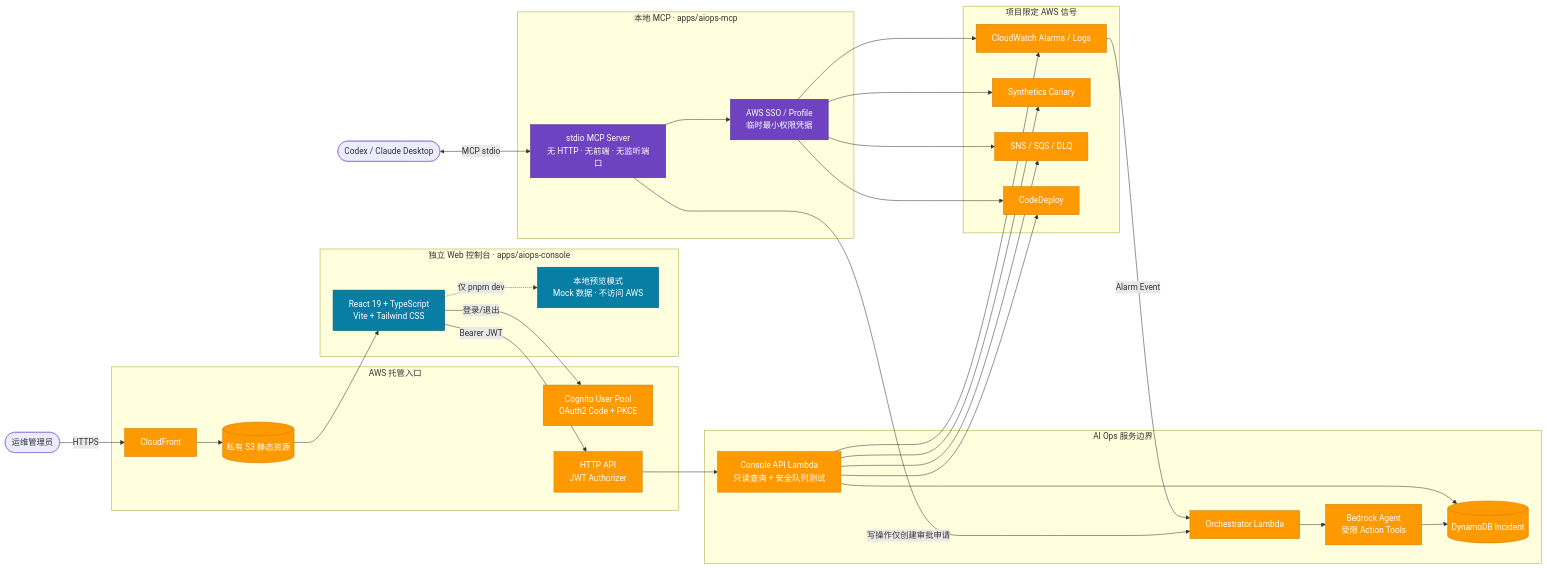
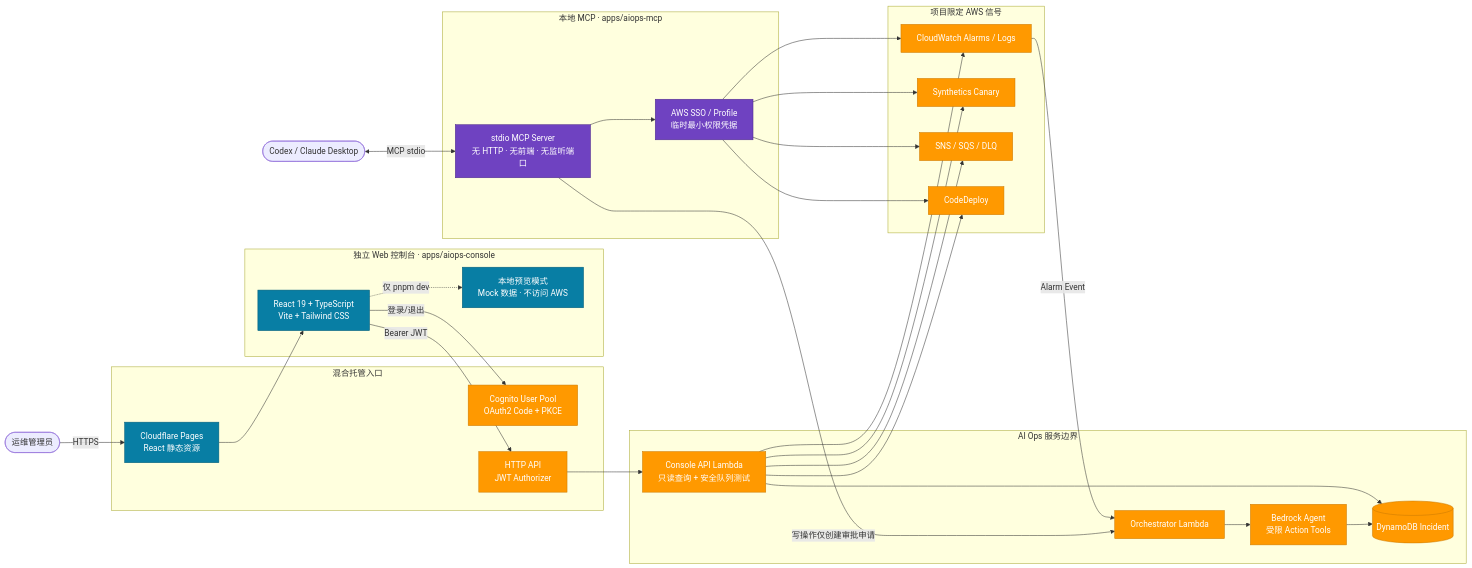
One commit to PrettyKing/github-repositories-fllow changed the ninth of 9 diagrams in docs/架构图.md. Above: the diagram before and after it, drawn with Mermaid. The commit also changed other lines of this file and 11 other files, not shown here.

Commit message:
fix: host AI Ops console on Cloudflare Pages

````diff
--- a/docs/架构图.md
+++ b/docs/架构图.md
@@ -341,62 +341,60 @@
 ```mermaid
 flowchart LR
     Admin(["运维管理员"])
     Client(["Codex / Claude Desktop"])
 
     subgraph WebConsole["独立 Web 控制台 · apps/aiops-console"]
         React["React 19 + TypeScript<br/>Vite + Tailwind CSS"]
         Mock["本地预览模式<br/>Mock 数据 · 不访问 AWS"]
     end
 
-    subgraph Edge["AWS 托管入口"]
-        CF["CloudFront"]
-        S3[("私有 S3 静态资源")]
+    subgraph Edge["混合托管入口"]
+        Pages["Cloudflare Pages<br/>React 静态资源"]
         Cognito["Cognito User Pool<br/>OAuth2 Code + PKCE"]
         APIGW["HTTP API<br/>JWT Authorizer"]
     end
 
     subgraph Ops["AI Ops 服务边界"]
         ConsoleFn["Console API Lambda<br/>只读查询 + 安全队列测试"]
         Orchestrator["Orchestrator Lambda"]
         Agent["Bedrock Agent<br/>受限 Action Tools"]
         Incident[("DynamoDB Incident")]
     end
 
     subgraph Signals["项目限定 AWS 信号"]
         CW["CloudWatch Alarms / Logs"]
         Syn["Synthetics Canary"]
         Queue["SNS / SQS / DLQ"]
         Deploy["CodeDeploy"]
     end
 
     subgraph Local["本地 MCP · apps/aiops-mcp"]
         MCP["stdio MCP Server<br/>无 HTTP · 无前端 · 无监听端口"]
         SSO["AWS SSO / Profile<br/>临时最小权限凭据"]
     end
 
-    Admin -->|"HTTPS"| CF
-    CF --> S3 --> React
+    Admin -->|"HTTPS"| Pages --> React
     React -->|"登录/退出"| Cognito
     React -->|"Bearer JWT"| APIGW --> ConsoleFn
     React -.->|"仅 pnpm dev"| Mock
     ConsoleFn --> CW
     ConsoleFn --> Syn
     ConsoleFn --> Queue
     ConsoleFn --> Deploy
     ConsoleFn --> Incident
 
     CW -->|"Alarm Event"| Orchestrator --> Agent --> Incident
     Client <-->|"MCP stdio"| MCP --> SSO
     SSO --> CW
     SSO --> Syn
     SSO --> Queue
     SSO --> Deploy
     MCP -->|"写操作仅创建审批申请"| Orchestrator
 
     classDef web fill:#087ea4,stroke:#055d78,color:#fff
     classDef aws fill:#ff9900,stroke:#cc7a00,color:#fff
     classDef local fill:#6f42c1,stroke:#4c2889,color:#fff
-    class React,Mock web
-    class CF,S3,Cognito,APIGW,ConsoleFn,Orchestrator,Agent,Incident,CW,Syn,Queue,Deploy aws
+    class React,Mock,Pages web
+    class Cognito,APIGW,ConsoleFn,Orchestrator,Agent,Incident,CW,Syn,Queue,Deploy aws
     class MCP,SSO local
 ```
````
